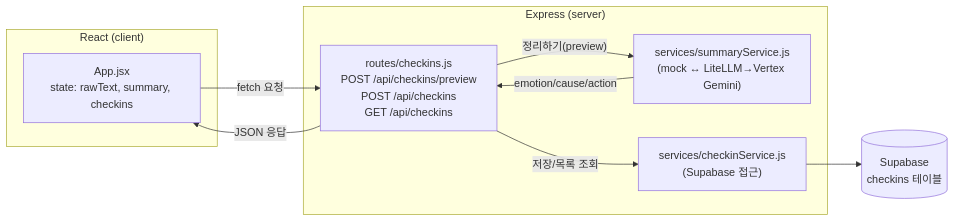
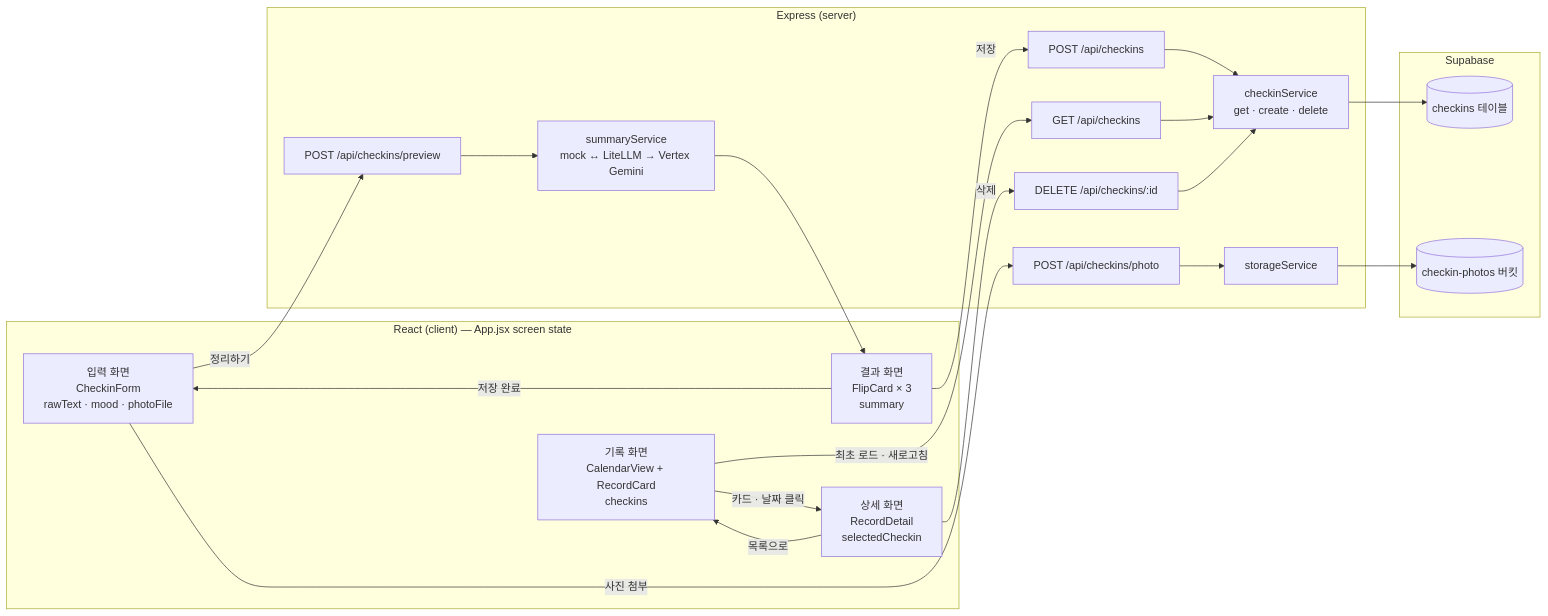
The diagram in docs/screen-flow.md (Mureung1/hub-showcase), drawn with Mermaid before and after one commit. The commit also changed other lines of this file and 1 other file, not shown here.

Commit message:
docs: 화면·서버·DB 아키텍처 다이어그램을 하나로 통합 (#23)
- 2주차의 화면흐름도/데이터흐름도 2개를 mermaid 한 장으로 합침
- 3주차 추가분(무드·사진·캘린더·삭제) 반영
- 위키 첨부용 PNG(docs/architecture-diagram.png) 렌더링

````diff
--- a/docs/screen-flow.md
+++ b/docs/screen-flow.md
@@ -26,19 +5,42 @@
 ```mermaid
 flowchart LR
-    subgraph CLIENT["React (client)"]
-        APP["App.jsx<br/>state: rawText, summary, checkins"]
+    subgraph CLIENT["React (client) — App.jsx screen state"]
+        INPUT["입력 화면<br/>CheckinForm<br/>rawText · mood · photoFile"]
+        RESULT["결과 화면<br/>FlipCard × 3<br/>summary"]
+        CAL["기록 화면<br/>CalendarView + RecordCard<br/>checkins"]
+        DETAIL["상세 화면<br/>RecordDetail<br/>selectedCheckin"]
     end
+
     subgraph SERVER["Express (server)"]
-        ROUTE["routes/checkins.js<br/>POST /api/checkins/preview<br/>POST /api/checkins<br/>GET /api/checkins"]
-        SUM["services/summaryService.js<br/>(mock ↔ LiteLLM→Vertex Gemini)"]
-        CHK["services/checkinService.js<br/>(Supabase 접근)"]
+        R_PREVIEW["POST /api/checkins/preview"]
+        R_PHOTO["POST /api/checkins/photo"]
+        R_CREATE["POST /api/checkins"]
+        R_LIST["GET /api/checkins"]
+        R_DELETE["DELETE /api/checkins/:id"]
+        SUM["summaryService<br/>mock ↔ LiteLLM → Vertex Gemini"]
+        STORE["storageService"]
+        CHK["checkinService<br/>get · create · delete"]
     end
-    DB[("Supabase<br/>checkins 테이블")]
 
-    APP -- "fetch 요청" --> ROUTE
-    ROUTE -- "정리하기(preview)" --> SUM
-    ROUTE -- "저장/목록 조회" --> CHK
-    CHK --> DB
-    SUM -- "emotion/cause/action" --> ROUTE
-    ROUTE -- "JSON 응답" --> APP
+    subgraph DB["Supabase"]
+        TABLE[("checkins 테이블")]
+        BUCKET[("checkin-photos 버킷")]
+    end
+
+    INPUT -- "정리하기" --> R_PREVIEW
+    R_PREVIEW --> SUM
+    SUM --> RESULT
+    INPUT -- "사진 첨부" --> R_PHOTO
+    R_PHOTO --> STORE
+    STORE --> BUCKET
+    RESULT -- "저장" --> R_CREATE
+    R_CREATE --> CHK
+    CHK --> TABLE
+    RESULT -- "저장 완료" --> INPUT
+    CAL -- "최초 로드 · 새로고침" --> R_LIST
+    R_LIST --> CHK
+    CAL -- "카드 · 날짜 클릭" --> DETAIL
+    DETAIL -- "목록으로" --> CAL
+    DETAIL -- "삭제" --> R_DELETE
+    R_DELETE --> CHK
 ```
````
